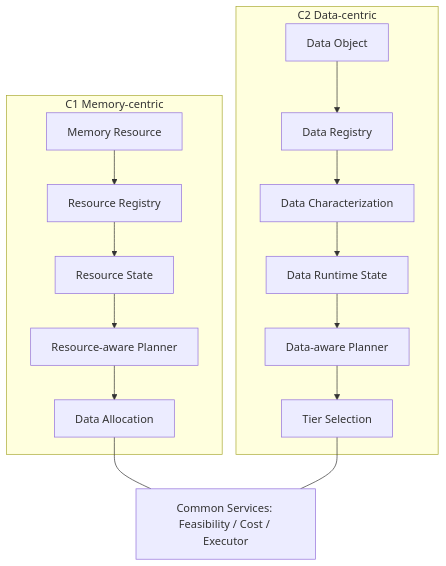
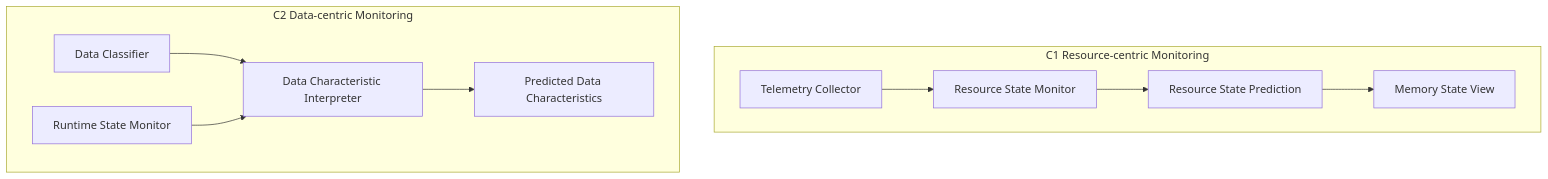
One commit to mkim0628/vllm changed the tenth of 11 diagrams in doc-architect/dp1-data-placement-uml-rendered.md. Above: the diagram before and after it, drawn with Mermaid. The commit also changed other lines of this file, not shown here.

Commit message:
Update DP1 UML for Resource State Monitor and data-centric classifier/runtime monitor flow

````diff
--- a/doc-architect/dp1-data-placement-uml-rendered.md
+++ b/doc-architect/dp1-data-placement-uml-rendered.md
@@ -601,24 +637,21 @@
 ```mermaid
 flowchart TB
-    subgraph C1[C1 Memory-centric]
-        C1R[Memory Resource]
-        C1RR[Resource Registry]
-        C1S[Resource State]
-        C1P[Resource-aware Planner]
-        C1D[Data Allocation]
-        C1R --> C1RR --> C1S --> C1P --> C1D
+    subgraph C1[C1 Resource-centric Monitoring]
+        TC1[Telemetry Collector]
+        RSM1[Resource State Monitor]
+        P1[Resource State Prediction]
+        V1[Memory State View]
+
+        TC1 --> RSM1 --> P1 --> V1
     end
 
-    subgraph C2[C2 Data-centric]
-        C2D[Data Object]
-        C2RR[Data Registry]
-        C2C[Data Characterization]
-        C2S[Data Runtime State]
-        C2P[Data-aware Planner]
-        C2T[Tier Selection]
-        C2D --> C2RR --> C2C --> C2S --> C2P --> C2T
+    subgraph C2[C2 Data-centric Monitoring]
+        DC2[Data Classifier]
+        RSM2[Runtime State Monitor]
+        DCI2[Data Characteristic Interpreter]
+        CH2[Predicted Data Characteristics]
+
+        DC2 --> DCI2
+        RSM2 --> DCI2 --> CH2
     end
-
-    C1D --- COMMON[Common Services: Feasibility / Cost / Executor]
-    C2T --- COMMON
 ```
````
